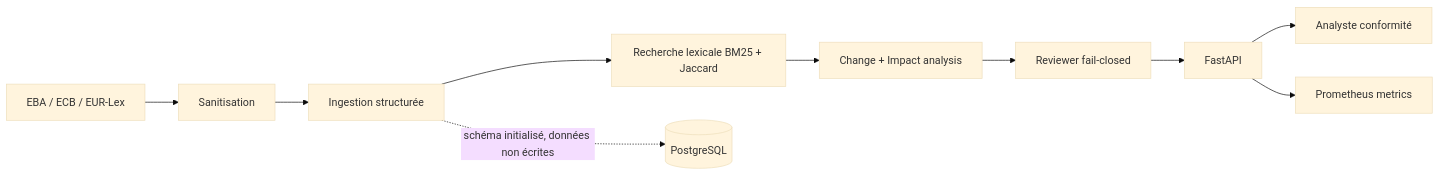
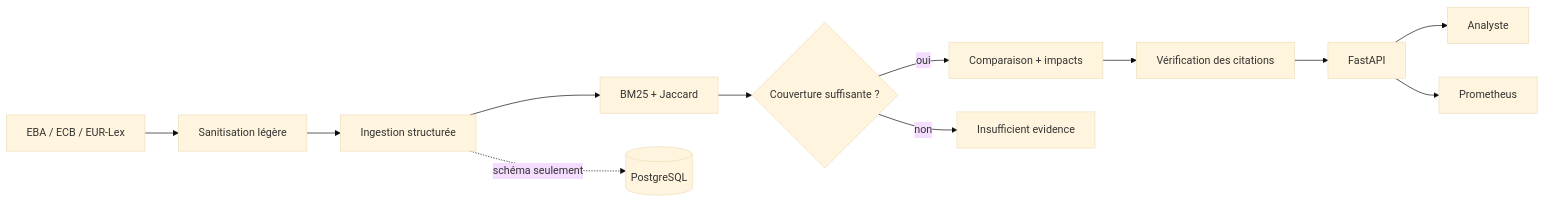
Before and after one commit to RaaaayN/bnp-regulation: the diagram in README.md, drawn with Mermaid (base theme). The commit also changed other lines of this file, not shown here.

````diff
--- a/README.md
+++ b/README.md
@@ -196,12 +179,14 @@
 ```mermaid
 flowchart LR
-    Sources[EBA / ECB / EUR-Lex] --> Guard[Sanitisation]
+    Sources[EBA / ECB / EUR-Lex] --> Guard[Sanitisation légère]
     Guard --> Ingestion[Ingestion structurée]
-    Ingestion --> Retrieval[Recherche lexicale BM25 + Jaccard]
-    Retrieval --> Analysis[Change + Impact analysis]
-    Analysis --> Reviewer[Reviewer fail-closed]
+    Ingestion --> Retrieval[BM25 + Jaccard]
+    Retrieval --> Gate{Couverture suffisante ?}
+    Gate -->|oui| Analysis[Comparaison + impacts]
+    Gate -->|non| Refusal[Insufficient evidence]
+    Analysis --> Reviewer[Vérification des citations]
     Reviewer --> API[FastAPI]
-    API --> Analyst[Analyste conformité]
-    API --> Metrics[Prometheus metrics]
-    Ingestion -. schéma initialisé, données non écrites .-> PG[(PostgreSQL)]
+    API --> Analyst[Analyste]
+    API --> Metrics[Prometheus]
+    Ingestion -. schéma seulement .-> PG[(PostgreSQL)]
 ```
````
